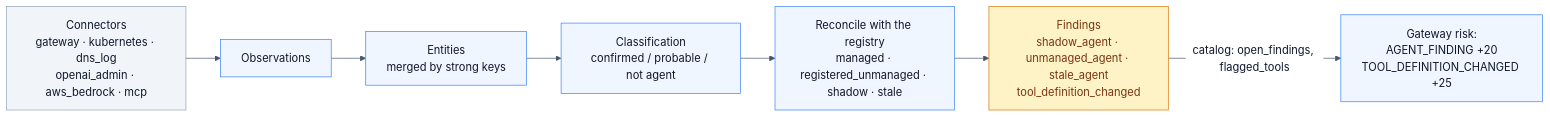
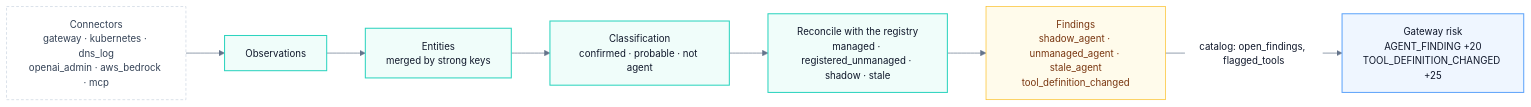
The fifth of 5 diagrams in docs/architecture.md (ramsha287/policy-guardrails-agent), drawn with Mermaid before and after one commit. The commit also changed other lines of this file and 65 other files, not shown here.

````diff
--- a/docs/architecture.md
+++ b/docs/architecture.md
@@ -185,16 +274,22 @@
 ```mermaid
-%%{init: {"theme": "base", "themeVariables": {"primaryTextColor": "#0f172a", "lineColor": "#475569", "edgeLabelBackground": "#ffffff"}}}%%
+%%{init: {"theme": "base", "fontFamily": "Helvetica, Arial, sans-serif", "themeVariables": {"fontSize": "14px", "primaryTextColor": "#0f172a", "lineColor": "#64748b", "clusterBkg": "#fbfcfe", "clusterBorder": "#e2e8f0", "edgeLabelBackground": "#ffffff"}, "flowchart": {"curve": "basis", "nodeSpacing": 36, "rankSpacing": 56}}}%%
 flowchart LR
-  K[Connectors<br/>gateway · kubernetes · dns_log<br/>openai_admin · aws_bedrock · mcp] --> O[Observations]
-  O --> E[Entities<br/>merged by strong keys] --> CL[Classification<br/>confirmed / probable / not agent]
-  CL --> RC[Reconcile with the registry<br/>managed · registered_unmanaged · shadow · stale]
-  RC --> F[Findings<br/>shadow_agent · unmanaged_agent · stale_agent<br/>tool_definition_changed]
-  F -->|catalog: open_findings, flagged_tools| GW[Gateway risk:<br/>AGENT_FINDING +20<br/>TOOL_DEFINITION_CHANGED +25]
+  K["Connectors<br/>gateway · kubernetes · dns_log<br/>openai_admin · aws_bedrock · mcp"] --> O["Observations"]
+  O --> E["Entities<br/>merged by strong keys"] --> CL["Classification<br/>confirmed · probable · not agent"]
+  CL --> RC["Reconcile with the registry<br/>managed · registered_unmanaged · shadow · stale"]
+  RC --> F["Findings<br/>shadow_agent · unmanaged_agent · stale_agent<br/>tool_definition_changed"]
+  F -- "catalog: open_findings, flagged_tools" --> GW["Gateway risk<br/>AGENT_FINDING +20<br/>TOOL_DEFINITION_CHANGED +25"]
 
-  classDef client fill:#f1f5f9,stroke:#94a3b8,color:#0f172a
-  classDef service fill:#eff6ff,stroke:#3b82f6,color:#0f172a
-  classDef finding fill:#fef3c7,stroke:#d97706,color:#78350f
-  class K client
-  class O,E,CL,RC,GW service
+  classDef client fill:#f5f3ff,stroke:#a78bfa,stroke-width:1px,color:#1e1b4b
+  classDef edge fill:#eff6ff,stroke:#60a5fa,stroke-width:1.5px,color:#0f172a
+  classDef control fill:#f0fdfa,stroke:#2dd4bf,stroke-width:1.5px,color:#0f172a
+  classDef guard fill:#f0fdf4,stroke:#4ade80,stroke-width:1.5px,color:#052e16
+  classDef mfw fill:#ecfdf5,stroke:#059669,stroke-width:2px,color:#052e16
+  classDef store fill:#f8fafc,stroke:#94a3b8,stroke-width:1px,color:#0f172a
+  classDef external fill:#ffffff,stroke:#cbd5e1,stroke-width:1px,stroke-dasharray:4 3,color:#334155
+  classDef finding fill:#fffbeb,stroke:#fbbf24,stroke-width:1px,color:#78350f
+  class K external
+  class O,E,CL,RC control
   class F finding
+  class GW edge
 ```
````
